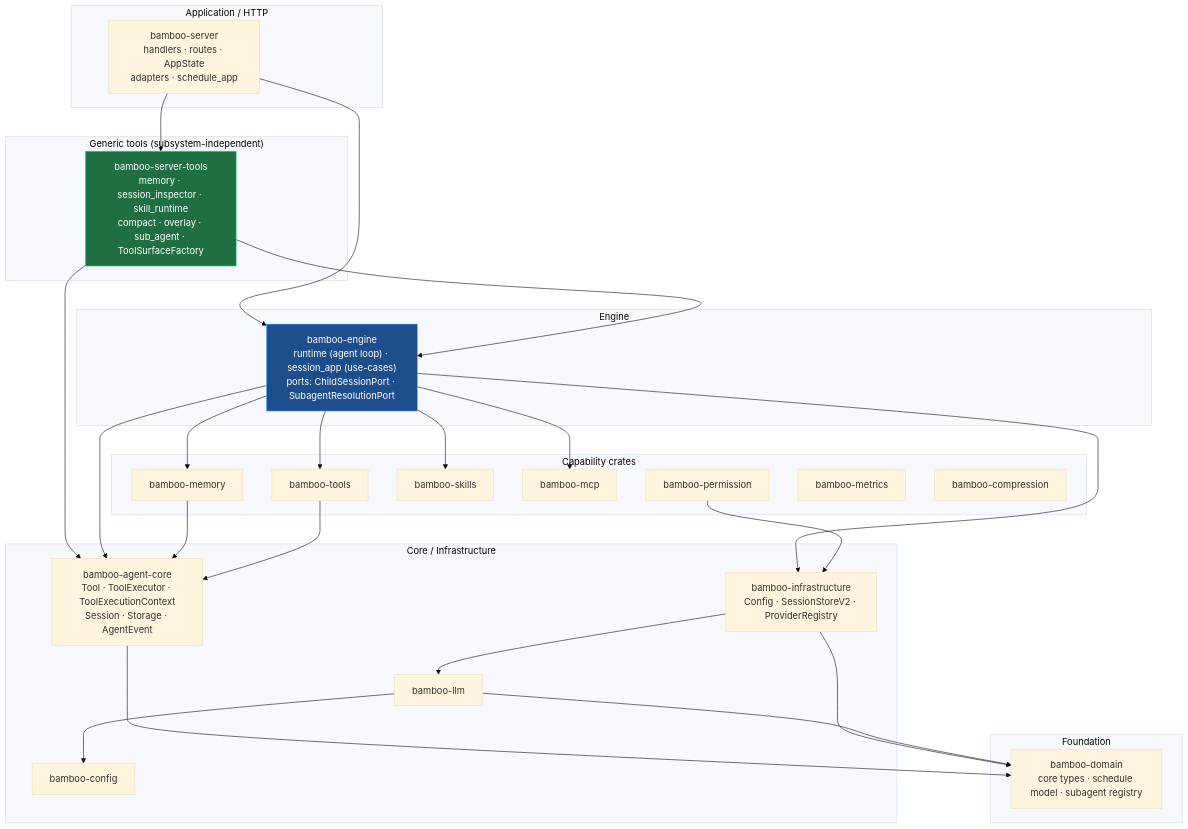
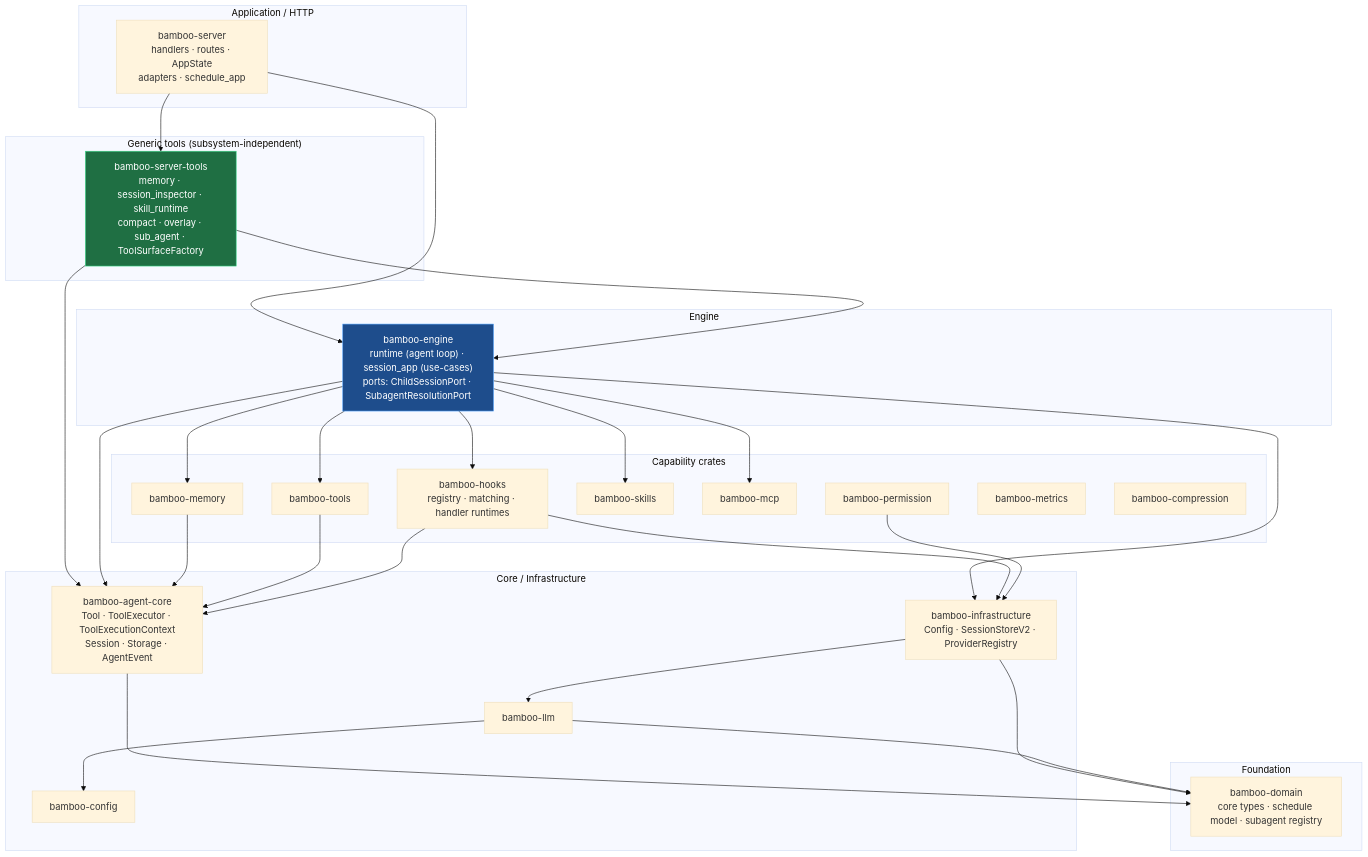
One commit to bigduu/Bamboo-agent changed the first of 2 diagrams in docs/architecture-crates.md. Above: the diagram before and after it, drawn with Mermaid (base theme). The commit also changed other lines of this file and 30 other files, not shown here.

````diff
--- a/docs/architecture-crates.md
+++ b/docs/architecture-crates.md
@@ -10,59 +10,63 @@
 ```mermaid
 flowchart TD
     subgraph APP["Application / HTTP"]
         SERVER["bamboo-server<br/>handlers · routes · AppState<br/>adapters · schedule_app"]
     end
 
     subgraph TOOLS["Generic tools (subsystem-independent)"]
         STOOLS["bamboo-server-tools<br/>memory · session_inspector · skill_runtime<br/>compact · overlay · sub_agent · ToolSurfaceFactory"]
     end
 
     subgraph ENGINE["Engine"]
         ENG["bamboo-engine<br/>runtime (agent loop) · session_app (use-cases)<br/>ports: ChildSessionPort · SubagentResolutionPort"]
     end
 
     subgraph CAP["Capability crates"]
         MEM["bamboo-memory"]
         TLS["bamboo-tools"]
+        HOOKS["bamboo-hooks<br/>registry · matching · handler runtimes"]
         SK["bamboo-skills"]
         MCP["bamboo-mcp"]
         PERM["bamboo-permission"]
         MET["bamboo-metrics"]
         CMP["bamboo-compression"]
     end
 
     subgraph CORE["Core / Infrastructure"]
         AC["bamboo-agent-core<br/>Tool · ToolExecutor · ToolExecutionContext<br/>Session · Storage · AgentEvent"]
         INFRA["bamboo-infrastructure<br/>Config · SessionStoreV2 · ProviderRegistry"]
         LLM["bamboo-llm"]
         CFG["bamboo-config"]
     end
 
     subgraph FND["Foundation"]
         DOM["bamboo-domain<br/>core types · schedule model · subagent registry"]
     end
 
     SERVER --> STOOLS
     SERVER --> ENG
     STOOLS --> ENG
     STOOLS --> AC
     ENG --> MEM
     ENG --> TLS
+    ENG --> HOOKS
     ENG --> SK
     ENG --> MCP
     ENG --> AC
     ENG --> INFRA
     MEM --> AC
     TLS --> AC
+    HOOKS --> AC
+    HOOKS --> INFRA
     PERM --> INFRA
     AC --> DOM
     INFRA --> DOM
     INFRA --> LLM
     LLM --> CFG
     LLM --> DOM
 
     classDef new fill:#1f6f43,stroke:#39d98a,color:#fff;
     classDef port fill:#1e4d8c,stroke:#5aa9ff,color:#fff;
     class STOOLS new;
     class ENG port;
 ```
````
